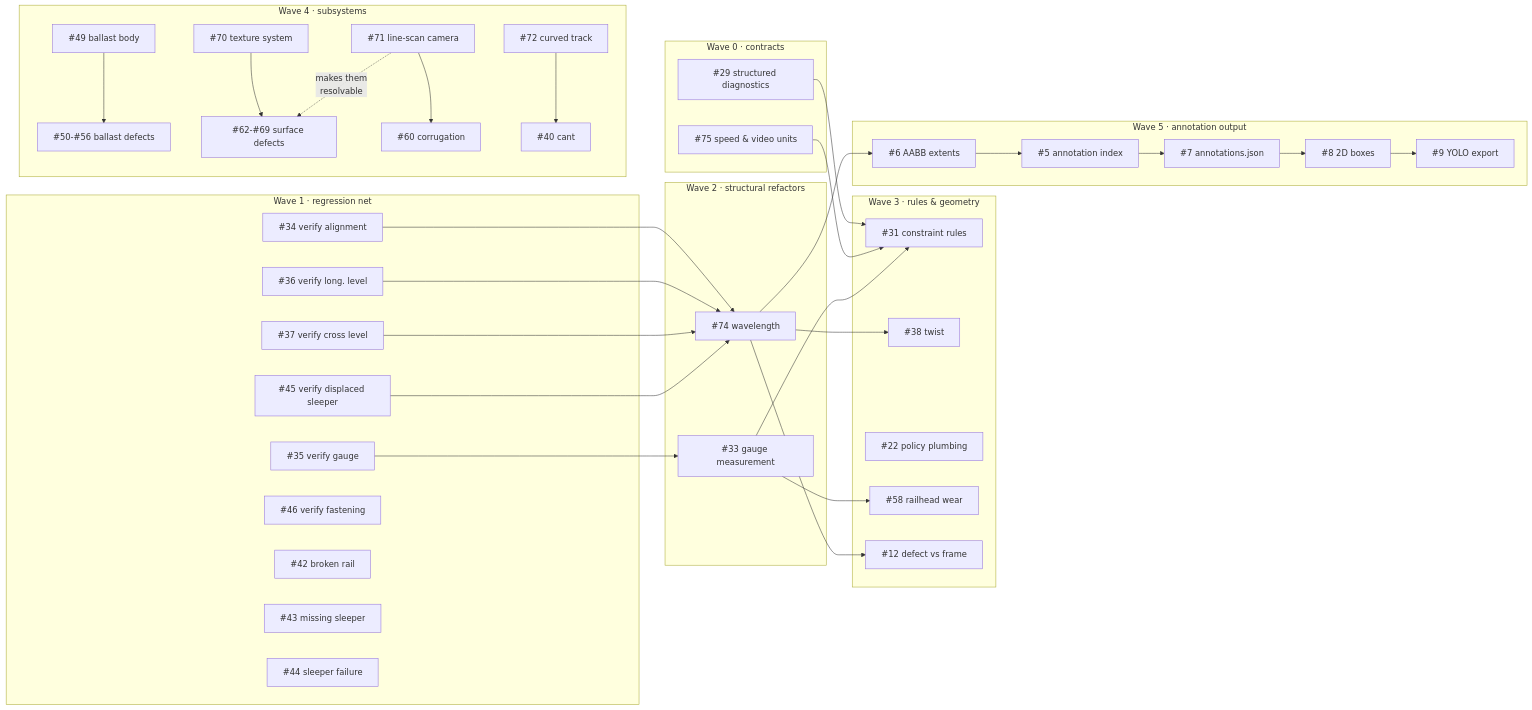
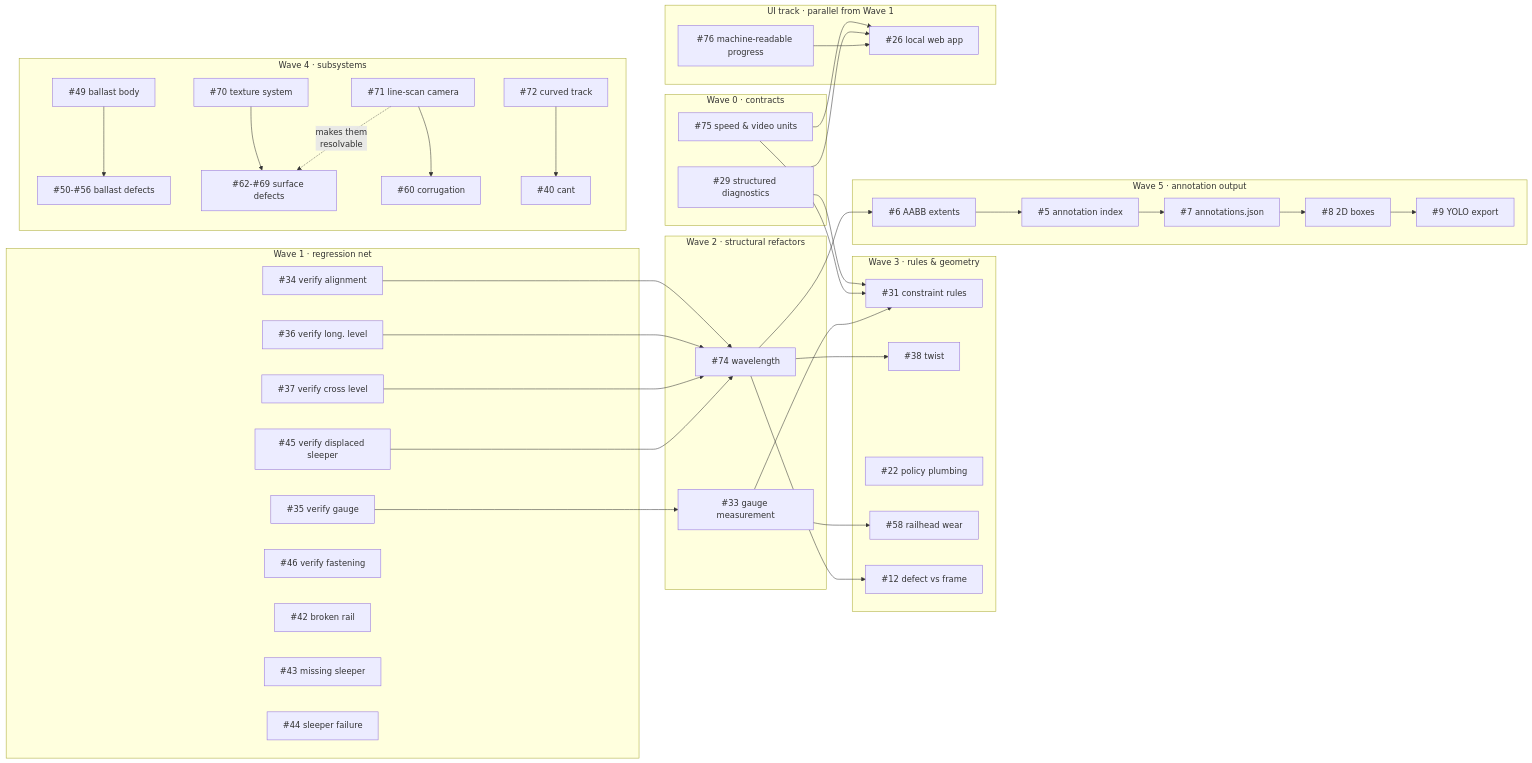
Before and after one commit to ikostis-ucl/rail_defect_sim: the diagram in ROADMAP.md, drawn with Mermaid. The commit also changed other lines of this file, not shown here.

First line of the commit message:
docs: add the UI track to the roadmap

````diff
--- a/ROADMAP.md
+++ b/ROADMAP.md
@@ -28,73 +28,81 @@
 ```mermaid
 graph LR
   subgraph W0["Wave 0 · contracts"]
     I75["#75 speed &amp; video units"]
     I29["#29 structured diagnostics"]
   end
 
   subgraph W1["Wave 1 · regression net"]
     I34["#34 verify alignment"]
     I35["#35 verify gauge"]
     I36["#36 verify long. level"]
     I37["#37 verify cross level"]
     I45["#45 verify displaced sleeper"]
     I46["#46 verify fastening"]
     I42["#42 broken rail"]
     I43["#43 missing sleeper"]
     I44["#44 sleeper failure"]
   end
 
   subgraph W2["Wave 2 · structural refactors"]
     I74["#74 wavelength"]
     I33["#33 gauge measurement"]
   end
 
   subgraph W3["Wave 3 · rules &amp; geometry"]
     I31["#31 constraint rules"]
     I38["#38 twist"]
     I22["#22 policy plumbing"]
     I58["#58 railhead wear"]
     I12["#12 defect vs frame"]
   end
 
   subgraph W4["Wave 4 · subsystems"]
     I49["#49 ballast body"]
     GC["#50-#56 ballast defects"]
     I70["#70 texture system"]
     GE["#62-#69 surface defects"]
     I71["#71 line-scan camera"]
     I60["#60 corrugation"]
     I72["#72 curved track"]
     I40["#40 cant"]
   end
 
   subgraph W5["Wave 5 · annotation output"]
     I6["#6 AABB extents"]
     I5["#5 annotation index"]
     I7["#7 annotations.json"]
     I8["#8 2D boxes"]
     I9["#9 YOLO export"]
   end
 
+  subgraph UI["UI track · parallel from Wave 1"]
+    I76["#76 machine-readable progress"]
+    I26["#26 local web app"]
+  end
+
   I34 --> I74
   I36 --> I74
   I37 --> I74
   I45 --> I74
   I35 --> I33
   I74 --> I38
   I74 --> I6
   I74 --> I12
   I29 --> I31
   I75 --> I31
   I33 --> I31
   I33 --> I58
   I49 --> GC
   I70 --> GE
   I71 --> I60
   I71 -.->|makes them<br>resolvable| GE
   I72 --> I40
   I6 --> I5
   I5 --> I7
   I7 --> I8
   I8 --> I9
+  I75 --> I26
+  I29 --> I26
+  I76 --> I26
 ```
````
